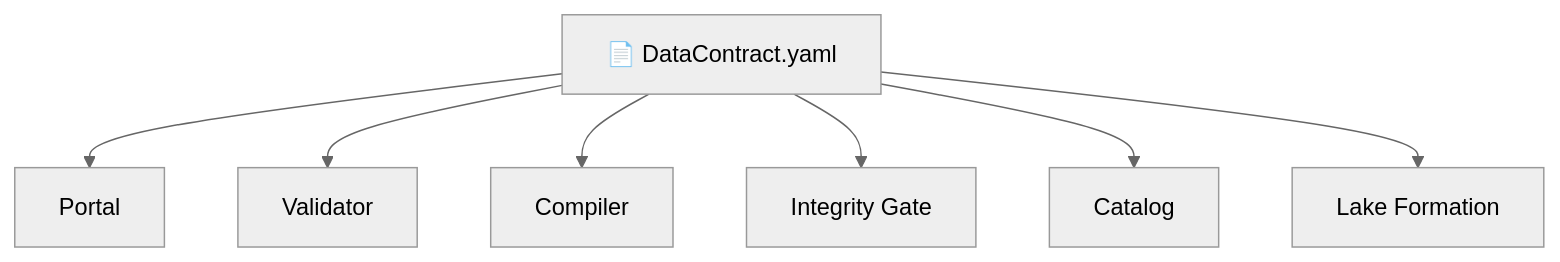
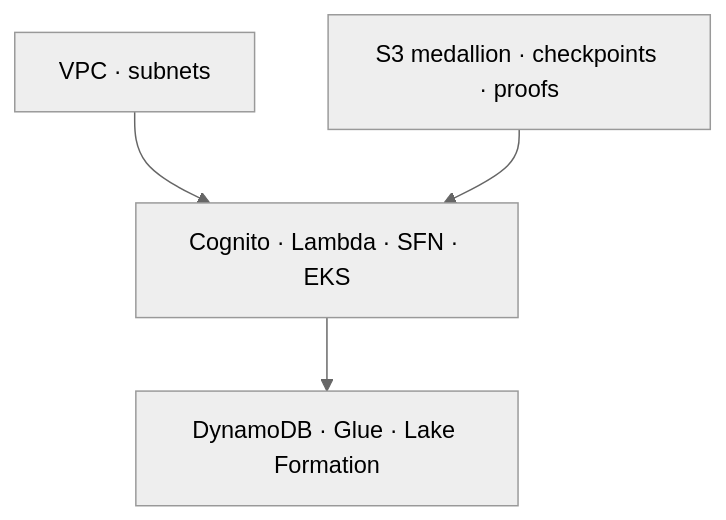
The seventh of 7 diagrams in README.md (vaquarkhan/CogniMesh), drawn with Mermaid (neutral theme) before and after one commit. The commit also changed other lines of this file and 40 other files, not shown here.

````diff
--- a/README.md
+++ b/README.md
@@ -554,10 +252,6 @@
 ```mermaid
 flowchart TB
-    DC["📄 DataContract.yaml"]
-    DC --> Portal
-    DC --> Validator
-    DC --> Compiler
-    DC --> Gate["Integrity Gate"]
-    DC --> Catalog
-    DC --> LF["Lake Formation"]
+    Net["VPC · subnets"] --> Compute["Cognito · Lambda · SFN · EKS"]
+    Store["S3 medallion · checkpoints · proofs"] --> Compute
+    Compute --> Data["DynamoDB · Glue · Lake Formation"]
 ```
````
